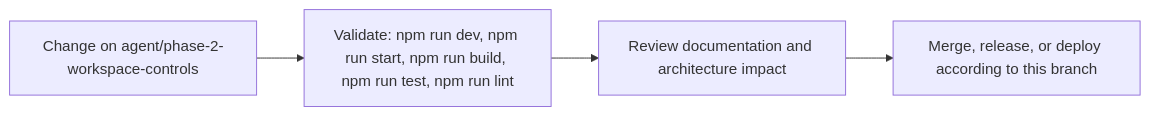
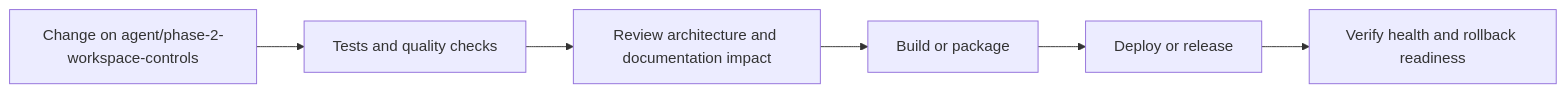
One commit to Nischhalsubba/BindForge-NW changed the sixth of 7 diagrams in README.md. Above: the diagram before and after it, drawn with Mermaid. The commit also changed other lines of this file, not shown here.

````diff
--- a/README.md
+++ b/README.md
@@ -88,8 +198,8 @@
 ```mermaid
 flowchart LR
-    CHANGE["Change on agent/phase-2-workspace-controls"]
-    CHECK["Validate: npm run dev, npm run start, npm run build, npm run test, npm run lint"]
-    REVIEW["Review documentation and architecture impact"]
-    RELEASE["Merge, release, or deploy according to this branch"]
-    CHANGE --> CHECK --> REVIEW --> RELEASE
+    CHANGE["Change on agent/phase-2-workspace-controls"] --> CHECK["Tests and quality checks"]
+    CHECK --> REVIEW["Review architecture and documentation impact"]
+    REVIEW --> BUILD["Build or package"]
+    BUILD --> DEPLOY["Deploy or release"]
+    DEPLOY --> VERIFY["Verify health and rollback readiness"]
 ```
````
